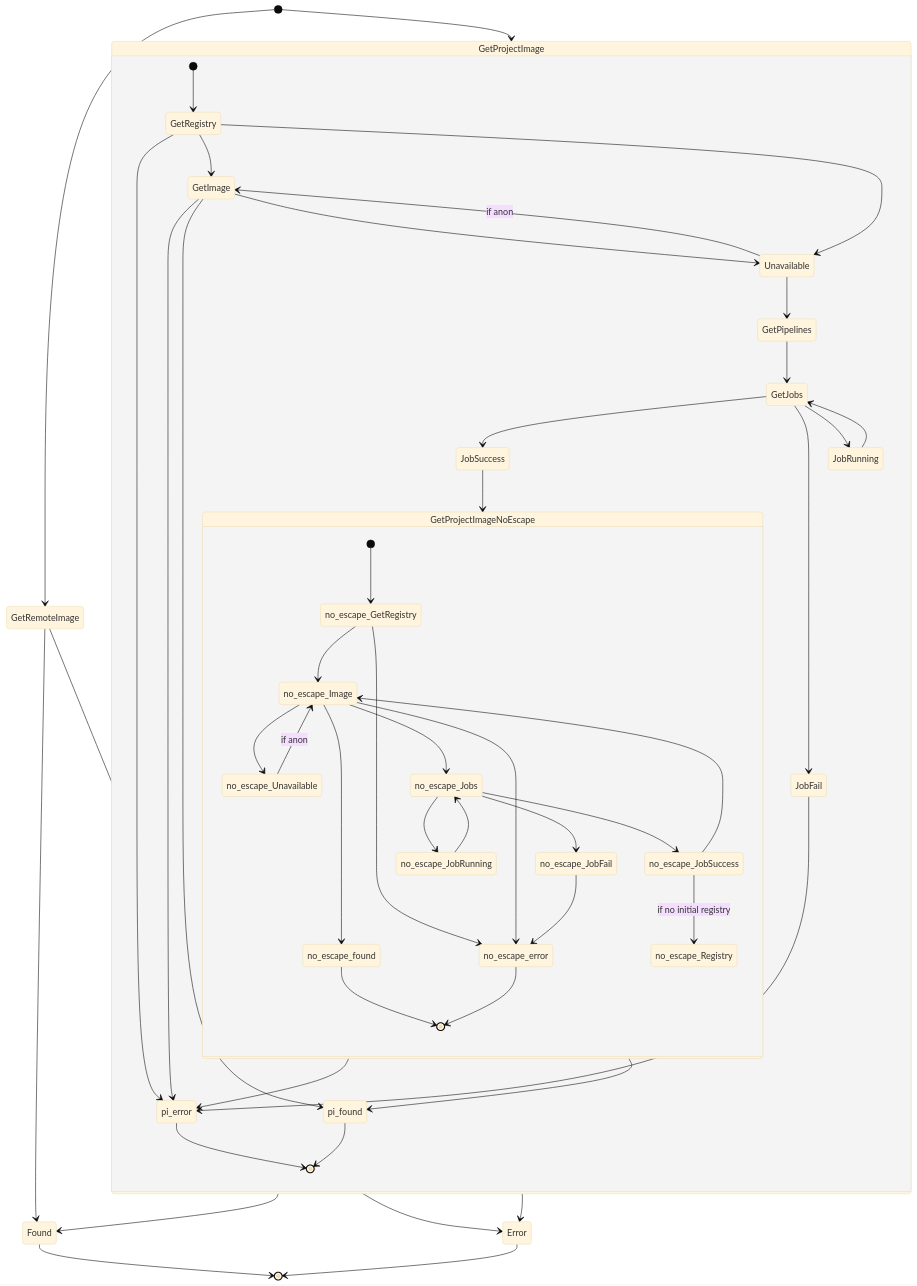
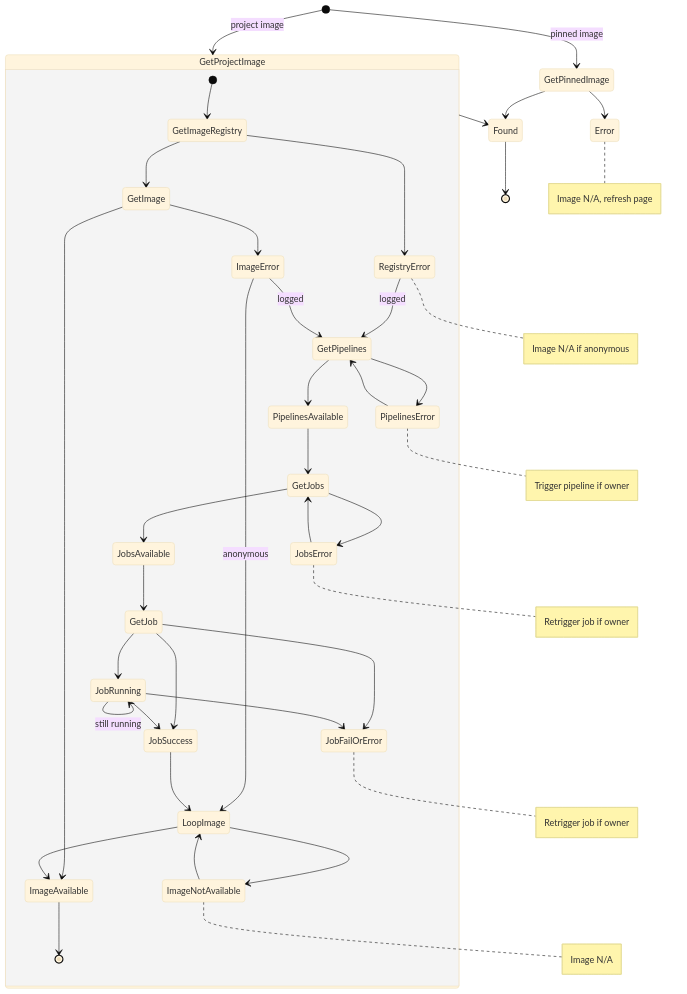
One commit to SwissDataScienceCenter/renku-ui changed the diagram in client/src/notebooks/README.md. Above: the diagram before and after it, drawn with Mermaid (base theme). The commit also changed other lines of this file, not shown here.

Commit message:
chore(client): update notebooks readme

````diff
--- a/client/src/notebooks/README.md
+++ b/client/src/notebooks/README.md
@@ -7,68 +11,61 @@
 ```mermaid
 stateDiagram-v2
-    [*] --> GetRemoteImage
-    [*] --> GetProjectImage
+  [*] --> GetPinnedImage: pinned image 
+  [*] --> GetProjectImage: project image
 
-    GetProjectImage --> Error
-    GetProjectImage --> Found
+  GetProjectImage --> Found
 
-    GetRemoteImage --> Error
-    GetRemoteImage --> Found
+  GetPinnedImage --> Error
+  GetPinnedImage --> Found
 
-    Found --> [*]
-    Error --> [*]
+  note right of Error : Image N/A, refresh page
+  Found --> [*]
 
-    state GetProjectImage {
-      [*] --> GetRegistry
+  state GetProjectImage {
+    [*] --> GetImageRegistry
 
-      GetRegistry --> pi_error
-      GetRegistry --> GetImage
-      GetRegistry --> Unavailable
+    GetImageRegistry --> RegistryError
+    GetImageRegistry --> GetImage
 
-      GetImage --> pi_error
-      GetImage --> pi_found
-      GetImage --> Unavailable
+    RegistryError --> GetPipelines: logged
+    note right of RegistryError : Image N/A if anonymous
 
-      Unavailable --> GetImage: if anon
-      Unavailable --> GetPipelines
-      GetPipelines --> GetJobs
-      GetJobs --> JobSuccess
-      GetJobs --> JobFail
-      GetJobs --> JobRunning
+    GetImage --> ImageError
+    GetImage --> ImageAvailable
 
-      JobSuccess --> GetProjectImageNoEscape
+    ImageAvailable --> [*]
 
-      GetProjectImageNoEscape --> pi_error
-      GetProjectImageNoEscape --> pi_found
-      JobFail --> pi_error
-      JobRunning --> GetJobs
+    ImageError --> LoopImage : anonymous
+    ImageError --> GetPipelines: logged
 
-      pi_found --> [*]
-      pi_error --> [*]
-    }
+    GetPipelines --> PipelinesAvailable
+    GetPipelines --> PipelinesError
 
-    state GetProjectImageNoEscape {
-      [*] --> no_escape_GetRegistry
+    PipelinesAvailable --> GetJobs
+    PipelinesError --> GetPipelines
+    note right of PipelinesError : Trigger pipeline if owner
 
-      no_escape_GetRegistry --> no_escape_error
-      no_escape_GetRegistry --> no_escape_Image
+    GetJobs --> JobsAvailable
+    GetJobs --> JobsError
 
-      no_escape_Image --> no_escape_error
-      no_escape_Image --> no_escape_found
-      no_escape_Image --> no_escape_Unavailable
-      no_escape_Image --> no_escape_Jobs
+    JobsAvailable --> GetJob
+    JobsError --> GetJobs
+    note right of JobsError : Retrigger job if owner
 
-      no_escape_Unavailable --> no_escape_Image: if anon
-      no_escape_Jobs --> no_escape_JobSuccess
-      no_escape_Jobs --> no_escape_JobFail
-      no_escape_Jobs --> no_escape_JobRunning
+    GetJob --> JobSuccess
+    GetJob --> JobFailOrError
+    GetJob --> JobRunning
 
-      no_escape_JobSuccess --> no_escape_Registry: if no initial registry
-      no_escape_JobSuccess --> no_escape_Image
-      no_escape_JobFail --> no_escape_error
-      no_escape_JobRunning --> no_escape_Jobs
+    JobSuccess --> LoopImage
+    JobRunning --> JobRunning: still running
+    JobRunning --> JobSuccess
+    JobRunning --> JobFailOrError
 
-      no_escape_found --> [*]
-      no_escape_error --> [*]
-    }
+    LoopImage --> ImageAvailable
+    LoopImage --> ImageNotAvailable
+    note right of JobFailOrError : Retrigger job if owner
+
+    ImageNotAvailable --> LoopImage
+    note right of ImageNotAvailable : Image N/A
+  }
 ```
````
